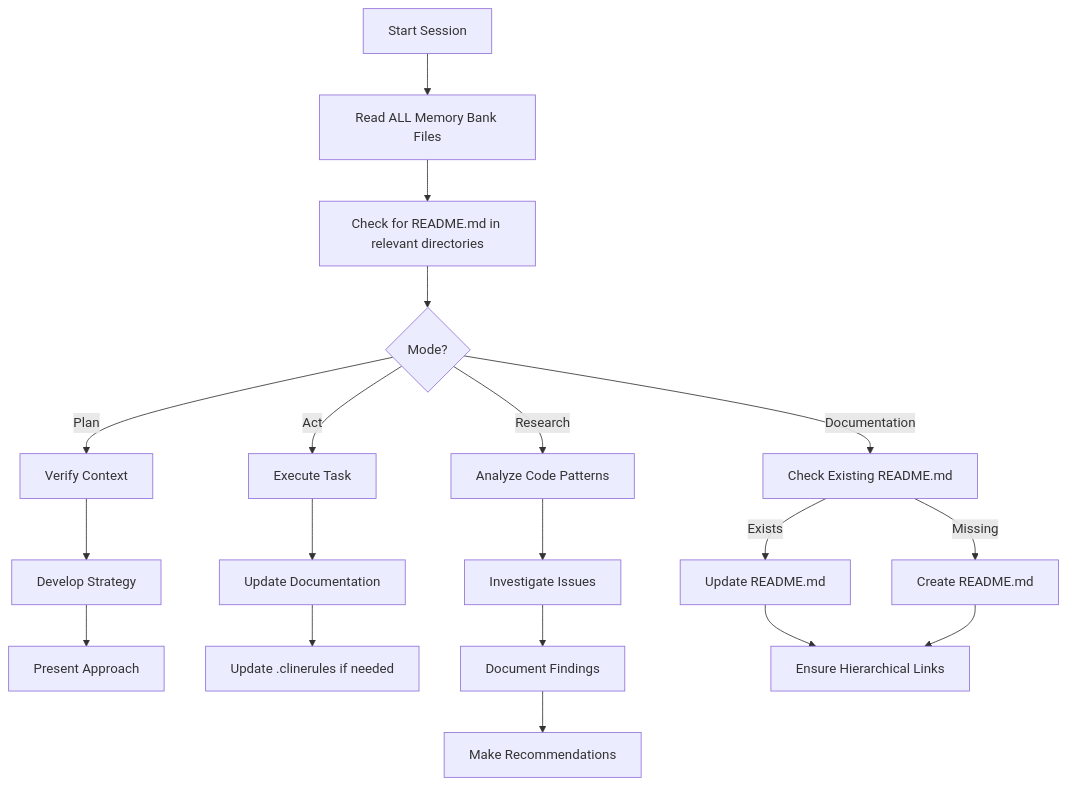
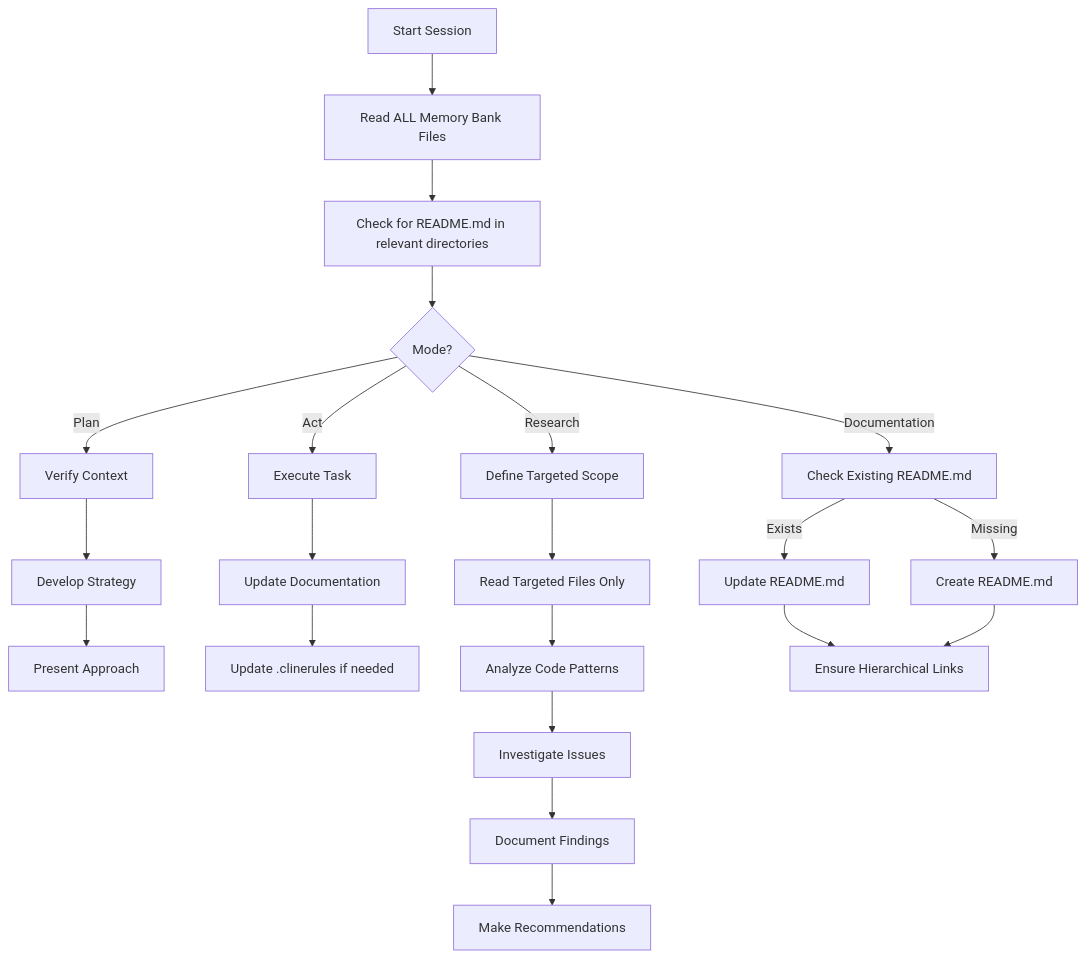
Before and after one commit to AstroMined/debtonator: the third of 4 diagrams in docs/custom_instructions.md, drawn with Mermaid. The commit also changed other lines of this file and 8 other files, not shown here.

First line of the commit message:
Fix account base schema tests to align with polymorphic design (v0.5.126)

````diff
--- a/docs/custom_instructions.md
+++ b/docs/custom_instructions.md
@@ -106,25 +112,27 @@
 ```mermaid
 flowchart TD
     Start[Start Session] --> ReadFiles[Read ALL Memory Bank Files]
     ReadFiles --> ReadME[Check for README.md in relevant directories]
     ReadME --> Mode{Mode?}
     
     Mode -->|Plan| Verify[Verify Context]
     Verify --> Strategy[Develop Strategy]
     Strategy --> Present[Present Approach]
     
     Mode -->|Act| Execute[Execute Task]
     Execute --> Update[Update Documentation]
     Update --> UpdateRules[Update .clinerules if needed]
     
-    Mode -->|Research| Analyze[Analyze Code Patterns]
+    Mode -->|Research| Scope[Define Targeted Scope]
+    Scope --> ReadTarget[Read Targeted Files Only]
+    ReadTarget --> Analyze[Analyze Code Patterns]
     Analyze --> Investigate[Investigate Issues]
     Investigate --> Document[Document Findings]
     Document --> Recommend[Make Recommendations]
     
     Mode -->|Documentation| CheckREADME[Check Existing README.md]
     CheckREADME -->|Exists| UpdateREADME[Update README.md]
     CheckREADME -->|Missing| CreateREADME[Create README.md]
     UpdateREADME --> EnsureLinks[Ensure Hierarchical Links]
     CreateREADME --> EnsureLinks
 ```
````
